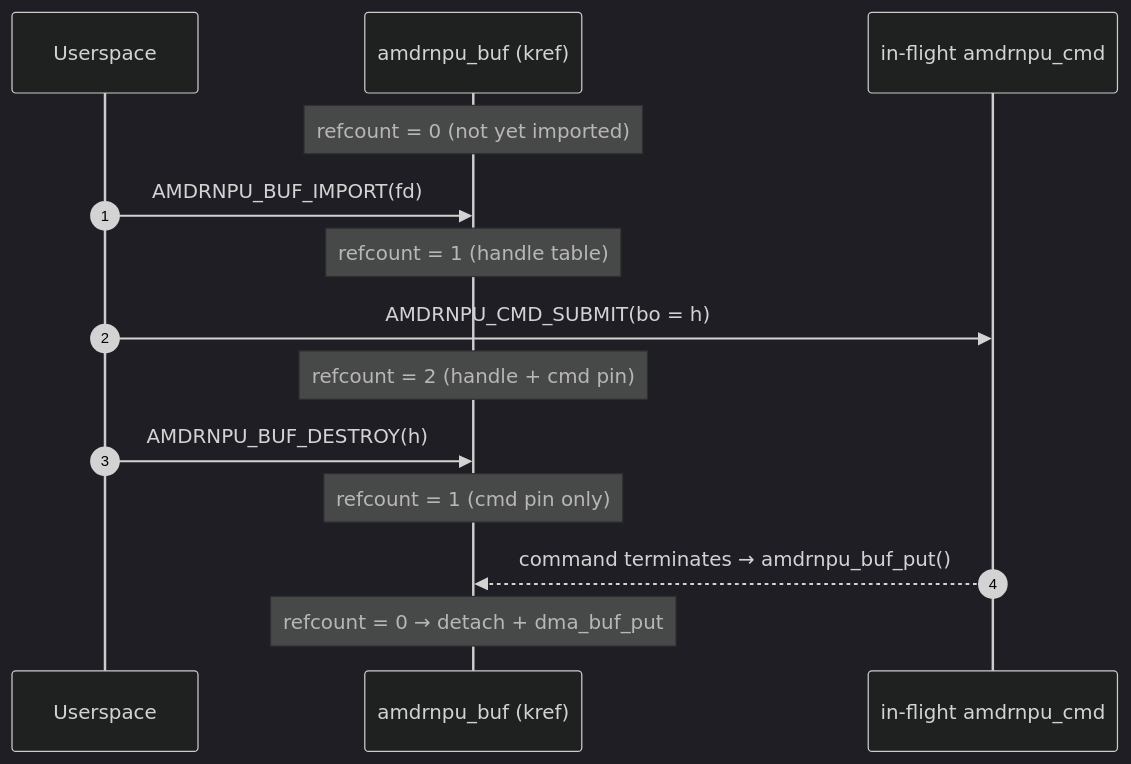
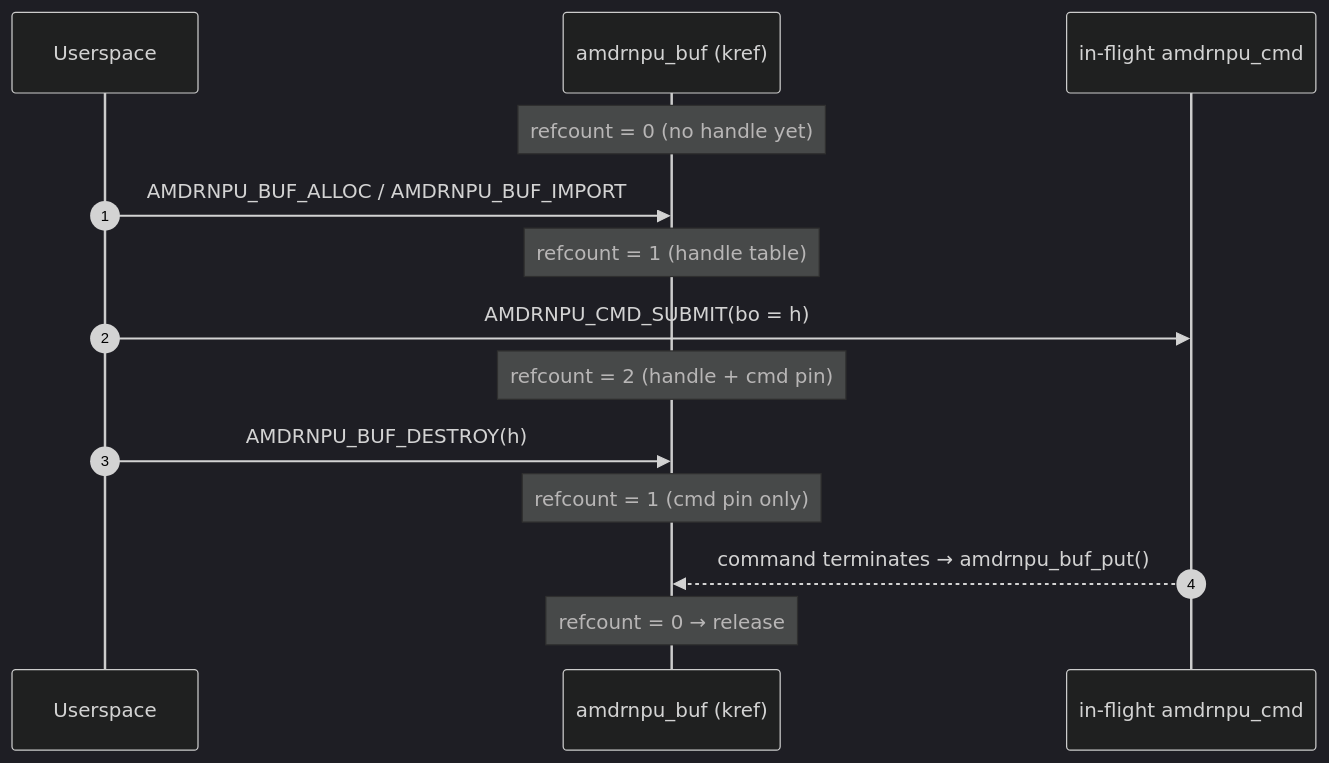
The second of 5 diagrams in docs/buffer-management.md (Xilinx/amdrnpu), drawn with Mermaid (dark theme) before and after one commit. The commit also changed other lines of this file and 7 other files, not shown here.

````diff
--- a/docs/buffer-management.md
+++ b/docs/buffer-management.md
@@ -56,20 +63,20 @@
 ```mermaid
 sequenceDiagram
     autonumber
     participant U as Userspace
     participant BUF as amdrnpu_buf (kref)
     participant CMD as in-flight amdrnpu_cmd
-    Note over BUF: refcount = 0 (not yet imported)
+    Note over BUF: refcount = 0 (no handle yet)
 
-    U->>BUF: AMDRNPU_BUF_IMPORT(fd)
+    U->>BUF: AMDRNPU_BUF_ALLOC / AMDRNPU_BUF_IMPORT
     Note over BUF: refcount = 1 (handle table)
 
     U->>CMD: AMDRNPU_CMD_SUBMIT(bo = h)
     Note over BUF: refcount = 2 (handle + cmd pin)
 
     U->>BUF: AMDRNPU_BUF_DESTROY(h)
     Note over BUF: refcount = 1 (cmd pin only)
 
     CMD-->>BUF: command terminates → amdrnpu_buf_put()
-    Note over BUF: refcount = 0 → detach + dma_buf_put
+    Note over BUF: refcount = 0 → release
 ```
````
